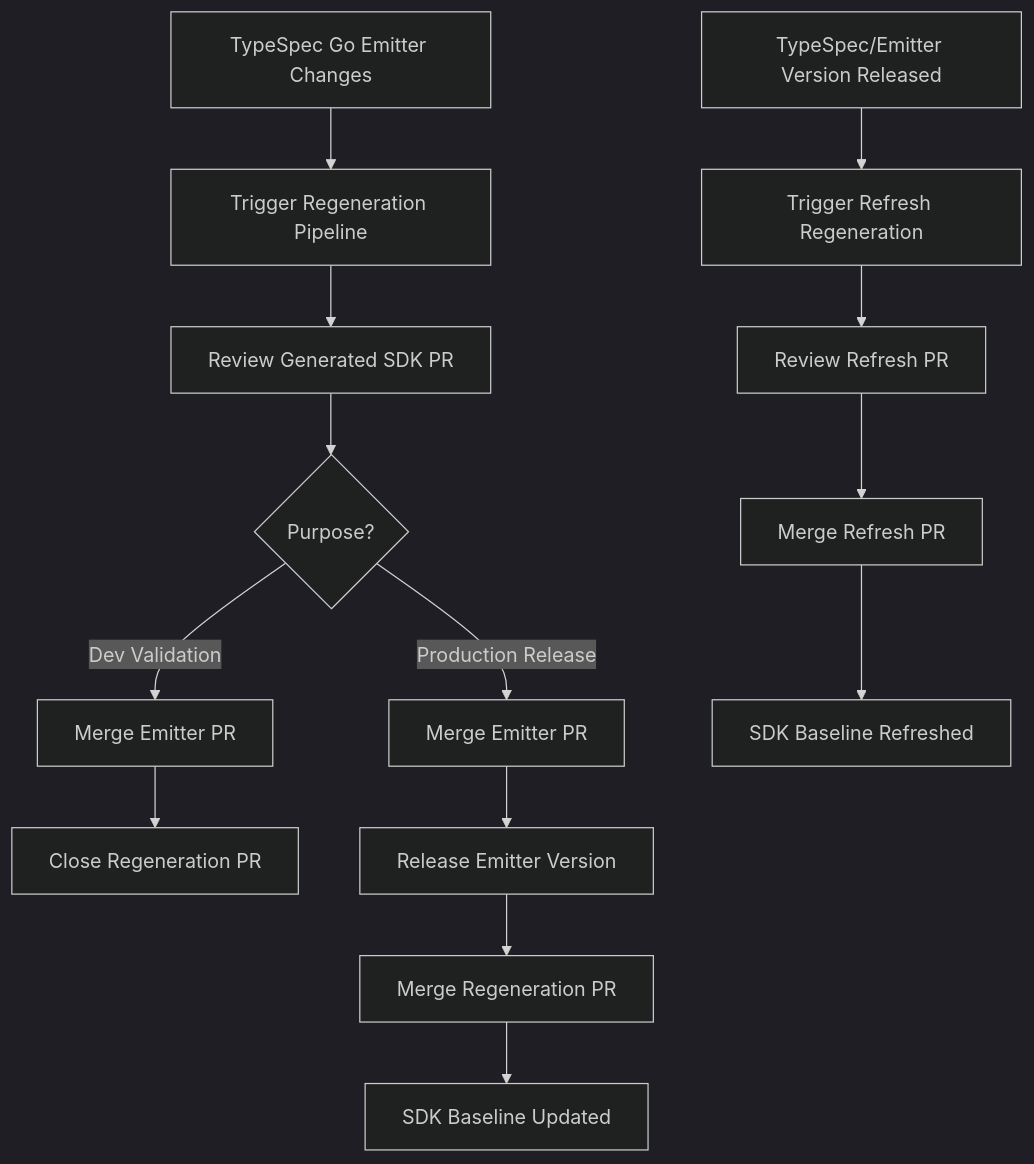
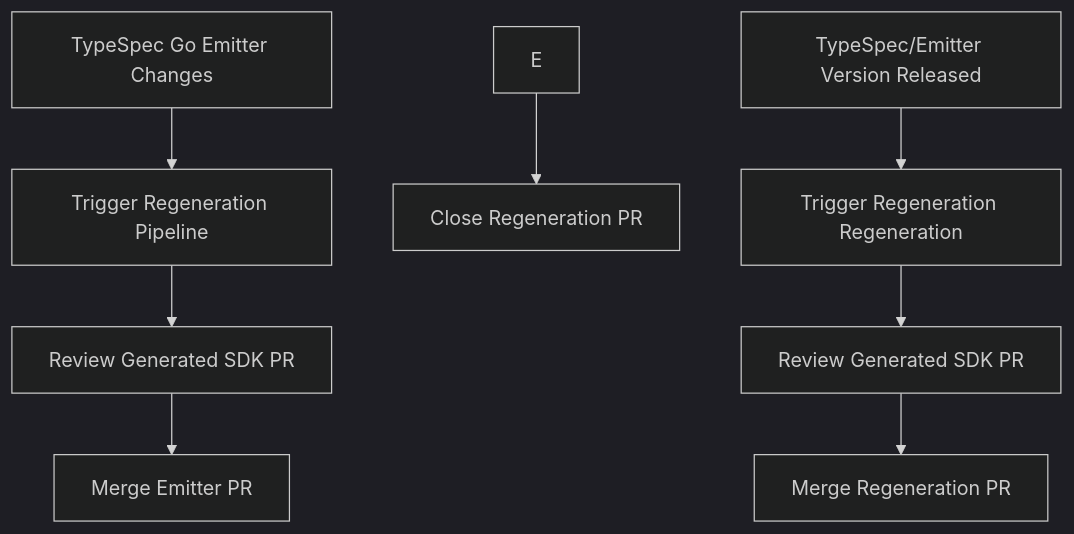
One commit to Azure/autorest.go changed the diagram in docs/sdk-regeneration-pipeline.md. Above: the diagram before and after it, drawn with Mermaid (dark theme).

Commit message:
update workflow

````diff
--- a/docs/sdk-regeneration-pipeline.md
+++ b/docs/sdk-regeneration-pipeline.md
@@ -102,17 +102,11 @@
 ```mermaid
 graph TB
     A[TypeSpec Go Emitter Changes] --> B[Trigger Regeneration Pipeline]
     B --> C[Review Generated SDK PR]
-    C --> D{Purpose?}
-    D -->|Dev Validation| E[Merge Emitter PR]
-    D -->|Production Release| F[Merge Emitter PR]
+    C --> D[Merge Emitter PR]
     E --> G[Close Regeneration PR]
-    F --> H[Release Emitter Version]
-    H --> I[Merge Regeneration PR]
-    I --> J[SDK Baseline Updated]
     
-    K[TypeSpec/Emitter Version Released] --> L[Trigger Refresh Regeneration]
-    L --> M[Review Refresh PR]
-    M --> N[Merge Refresh PR]
-    N --> O[SDK Baseline Refreshed]
+    K[TypeSpec/Emitter Version Released] --> L[Trigger Regeneration Regeneration]
+    L --> M[Review Generated SDK PR]
+    M --> N[Merge Regeneration PR]
 ```
````
